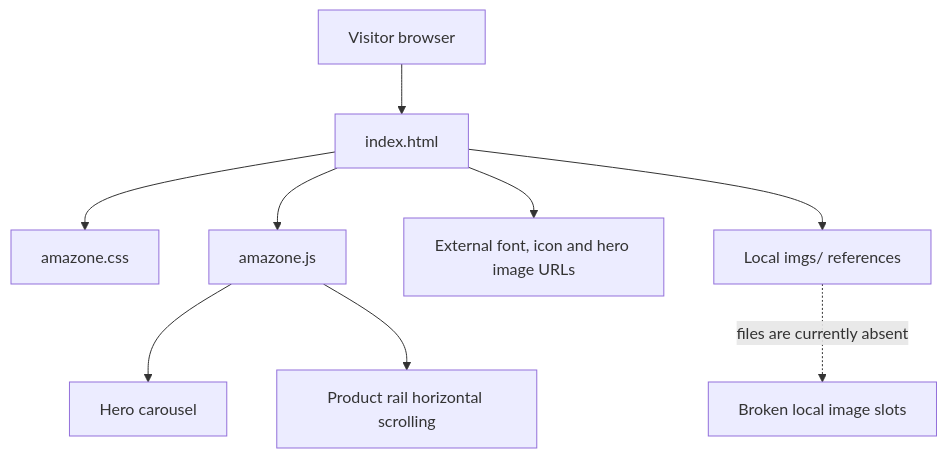
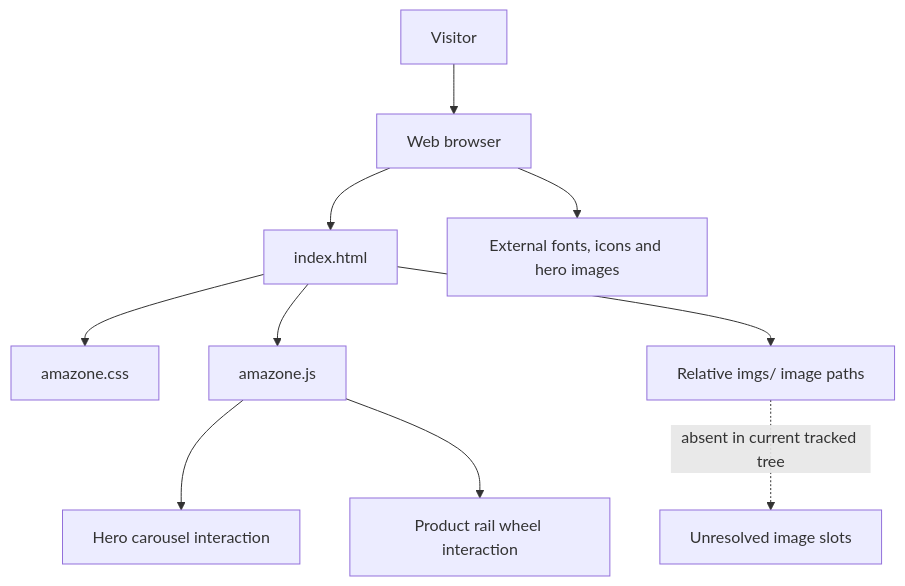
Before and after one commit to Brajesh31/Amazon_Clone: the diagram in docs/architecture.md, drawn with Mermaid. The commit also changed other lines of this file, not shown here.

Commit message:
docs: deepen docs/architecture.md

````diff
--- a/docs/architecture.md
+++ b/docs/architecture.md
@@ -7,11 +11,12 @@
 ```mermaid
 flowchart TD
-    Visitor[Visitor browser] --> HTML[index.html]
+    Visitor[Visitor] --> Browser[Web browser]
+    Browser --> HTML[index.html]
     HTML --> CSS[amazone.css]
     HTML --> JS[amazone.js]
-    HTML --> CDN[External font, icon and hero image URLs]
-    JS --> Carousel[Hero carousel]
-    JS --> Rails[Product rail horizontal scrolling]
-    HTML --> Local[Local imgs/ references]
-    Local -. files are currently absent .-> Missing[Broken local image slots]
+    Browser --> Remote[External fonts, icons and hero images]
+    HTML --> Local[Relative imgs/ image paths]
+    JS --> Carousel[Hero carousel interaction]
+    JS --> Rails[Product rail wheel interaction]
+    Local -. absent in current tracked tree .-> Broken[Unresolved image slots]
 ```
````
